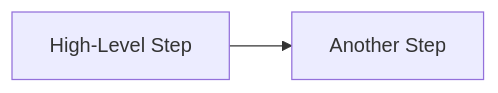
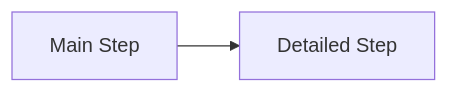
One commit to mani-baskar/Daiichi-Life-Demo-Report changed the fifth of 11 diagrams in docs/Mermaid_Click_Expand_Drilldown_Guide.md. Above: the diagram before and after it, drawn with Mermaid. The commit also changed other lines of this file, not shown here.

Commit message:
Switch Mermaid guide to same-file clickable drill-down navigation

````diff
--- a/docs/Mermaid_Click_Expand_Drilldown_Guide.md
+++ b/docs/Mermaid_Click_Expand_Drilldown_Guide.md
@@ -91,4 +98,5 @@
 ```mermaid
 flowchart LR
-    A[High-Level Step] --> B[Another Step]
+    A[Main Step] --> B[Detailed Step]
+    click B "https://github.com/mani-baskar/Daiichi-Life-Demo-Report/blob/main/docs/Mermaid_Click_Expand_Drilldown_Guide.md#6-detailed-step-example" "Open Detailed Step" _self
 ```
````
